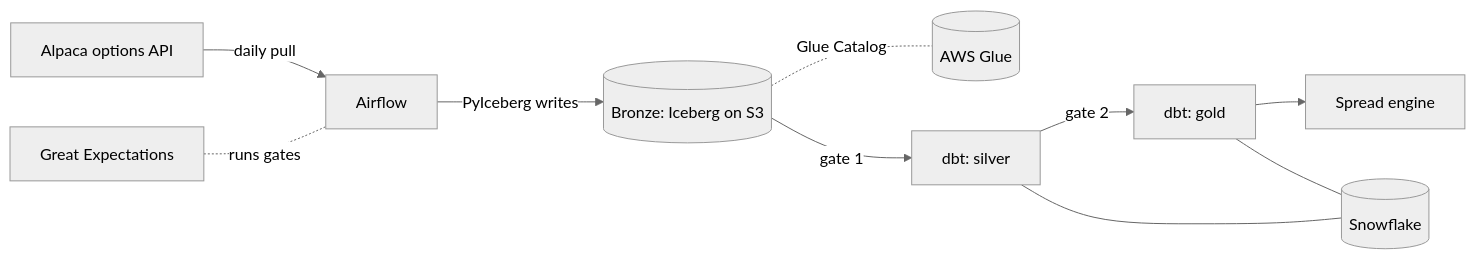
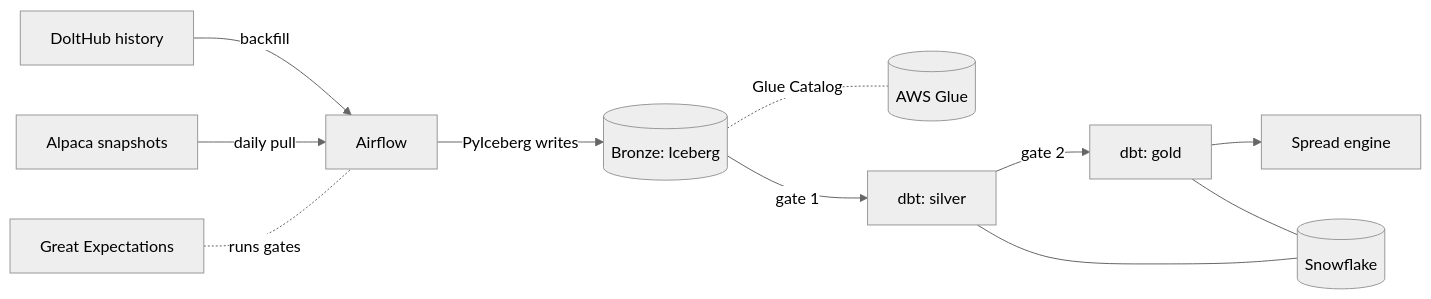
Before and after one commit to tomanathan/options-analytics-platform: the diagram in docs/architecture.md, drawn with Mermaid (neutral theme). The commit also changed other lines of this file and 5 other files, not shown here.

Commit message:
docs: describe the Phase 1 bronze pipelines, data sources and backfill runbook

````diff
--- a/docs/architecture.md
+++ b/docs/architecture.md
@@ -7,11 +7,12 @@
 ```mermaid
 flowchart LR
-    A[Alpaca options API] -->|daily pull| B[Airflow]
-    B -->|PyIceberg writes| C[(Bronze: Iceberg on S3)]
+    H[DoltHub history] -->|backfill| B[Airflow]
+    A[Alpaca snapshots] -->|daily pull| B
+    B -->|PyIceberg writes| C[(Bronze: Iceberg)]
     C -. Glue Catalog .- G[(AWS Glue)]
     C -->|gate 1| D[dbt: silver]
     D -->|gate 2| E[dbt: gold]
     E --> F[Spread engine]
     D & E --- S[(Snowflake)]
     GE[Great Expectations] -. runs gates .- B
 ```
````
